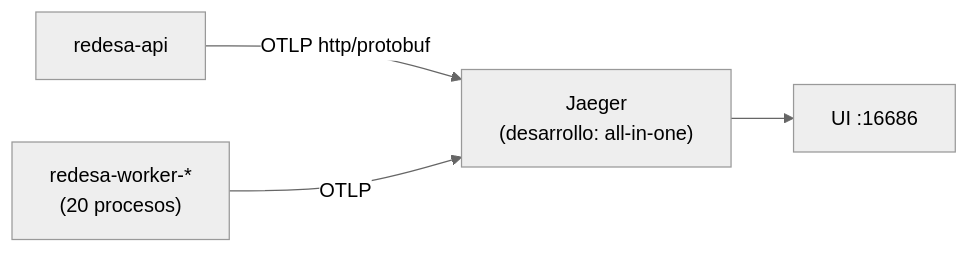
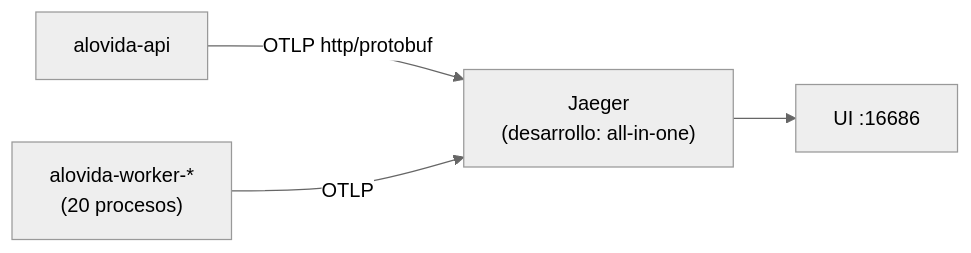
The diagram in docs/observability/tracing.md (mdavila-2001/mantra-core-health-api), drawn with Mermaid (neutral theme) before and after one commit. The commit also changed other lines of this file and 143 other files, not shown here.

First line of the commit message:
refactor(marca): fuera REDESA y VITARA — el nombre es ALOVIDA

````diff
--- a/docs/observability/tracing.md
+++ b/docs/observability/tracing.md
@@ -25,6 +25,6 @@
 ```mermaid
 flowchart LR
-  API["redesa-api"] -->|OTLP http/protobuf| J
-  W["redesa-worker-*<br/>(20 procesos)"] -->|OTLP| J
+  API["alovida-api"] -->|OTLP http/protobuf| J
+  W["alovida-worker-*<br/>(20 procesos)"] -->|OTLP| J
   J["Jaeger<br/>(desarrollo: all-in-one)"] --> UI["UI :16686"]
 ```
````
